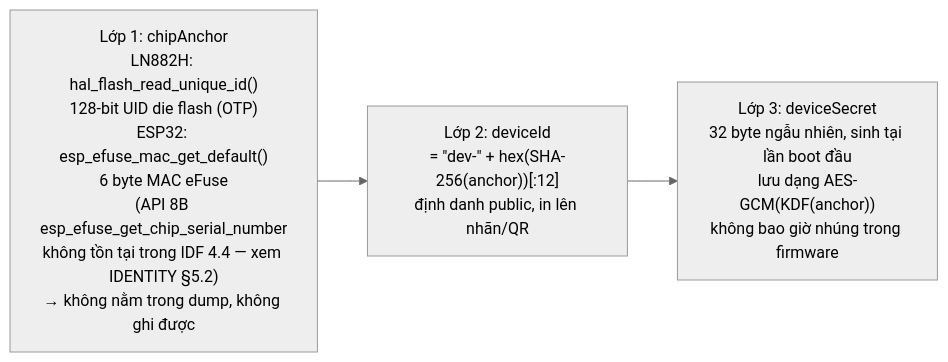
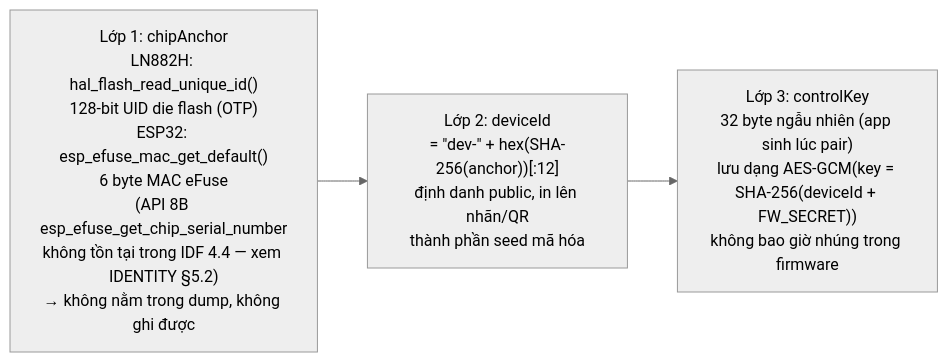
Before and after one commit to nndai/smart-home-platform: the second of 7 diagrams in docs/ECOSYSTEM_PLAN.md, drawn with Mermaid (neutral theme). The commit also changed other lines of this file and 11 other files, not shown here.

````diff
--- a/docs/ECOSYSTEM_PLAN.md
+++ b/docs/ECOSYSTEM_PLAN.md
@@ -42,6 +42,6 @@
 ```mermaid
 graph LR
     A["Lớp 1: chipAnchor<br/>LN882H: hal_flash_read_unique_id()<br/>128-bit UID die flash (OTP)<br/>ESP32: esp_efuse_mac_get_default()<br/>6 byte MAC eFuse<br/>(API 8B esp_efuse_get_chip_serial_number<br/>không tồn tại trong IDF 4.4 — xem IDENTITY §5.2)<br/>→ không nằm trong dump, không ghi được"] --> B
-    B["Lớp 2: deviceId<br/>= &quot;dev-&quot; + hex(SHA-256(anchor))[:12]<br/>định danh public, in lên nhãn/QR"] --> C
-    C["Lớp 3: deviceSecret<br/>32 byte ngẫu nhiên, sinh tại lần boot đầu<br/>lưu dạng AES-GCM(KDF(anchor))<br/>không bao giờ nhúng trong firmware"]
+    B["Lớp 2: deviceId<br/>= &quot;dev-&quot; + hex(SHA-256(anchor))[:12]<br/>định danh public, in lên nhãn/QR<br/>thành phần seed mã hóa"] --> C
+    C["Lớp 3: controlKey<br/>32 byte ngẫu nhiên (app sinh lúc pair)<br/>lưu dạng AES-GCM(key = SHA-256(deviceId + FW_SECRET))<br/>không bao giờ nhúng trong firmware"]
 ```
````
